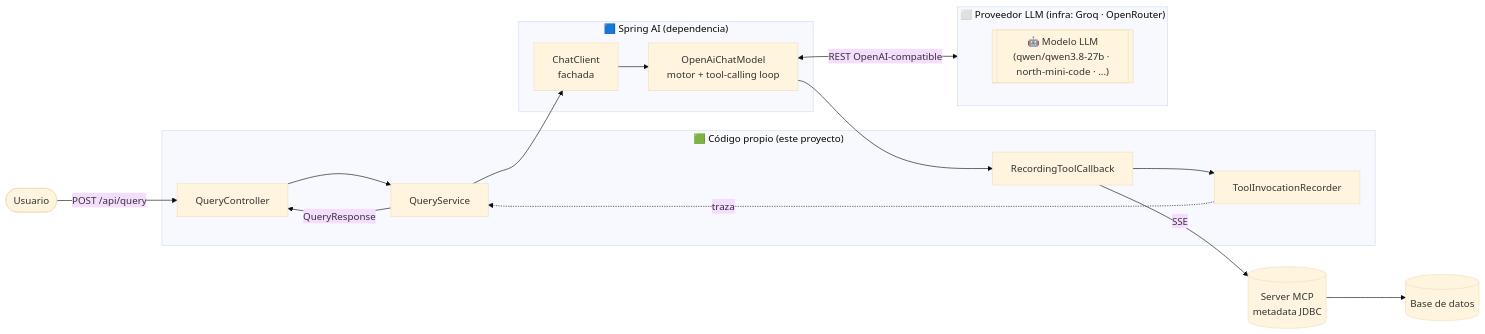
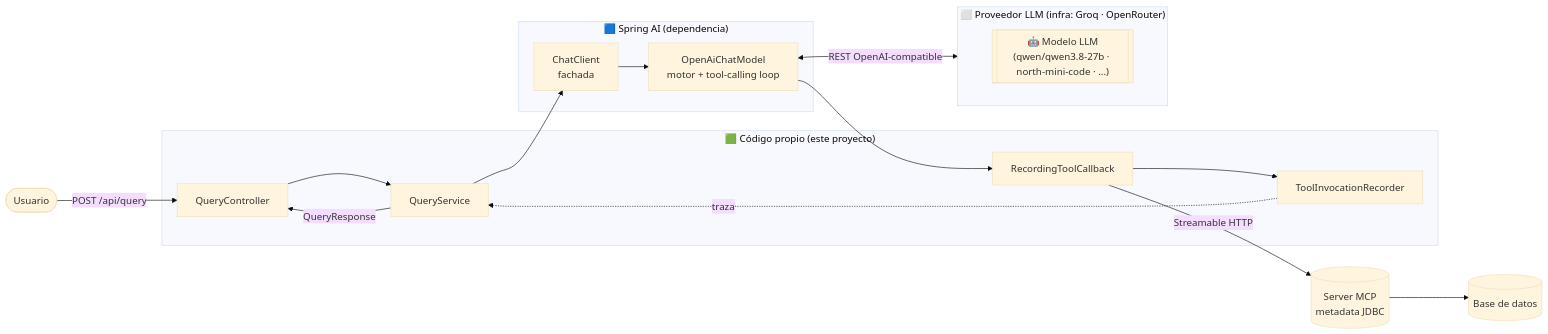
The first of 6 diagrams in client/README.md (Gianni-Nicolas/MCP-capsule), drawn with Mermaid (base theme) before and after one commit. The commit also changed other lines of this file and 5 other files, not shown here.

Commit message:
refactor(mcp): migrate transport from HTTP+SSE to Streamable HTTP (Spring AI 2.0.1)

````diff
--- a/client/README.md
+++ b/client/README.md
@@ -69,29 +69,29 @@
 ```mermaid
 flowchart LR
     User([Usuario]) -->|POST /api/query| Controller[QueryController]
 
     subgraph app["🟩 Código propio (este proyecto)"]
         Controller --> Service[QueryService]
         Recording[RecordingToolCallback]
         Recorder[ToolInvocationRecorder]
     end
 
     subgraph springai["🟦 Spring AI (dependencia)"]
         ChatClient[ChatClient<br/>fachada]
         ChatModel[OpenAiChatModel<br/>motor + tool-calling loop]
         ChatClient --> ChatModel
     end
 
     Service --> ChatClient
     ChatModel <-->|REST OpenAI-compatible| Provider
     ChatModel --> Recording
-    Recording -->|SSE| MCP[(Server MCP<br/>metadata JDBC)]
+    Recording -->|Streamable HTTP| MCP[(Server MCP<br/>metadata JDBC)]
     MCP --> DB[(Base de datos)]
     Recording --> Recorder
     Recorder -.traza.-> Service
     Service -->|QueryResponse| Controller
 
     subgraph Provider["⬜ Proveedor LLM (infra: Groq · OpenRouter)"]
         Model[["🤖 Modelo LLM<br/>(qwen/qwen3.8-27b · north-mini-code · ...)"]]
     end
 ```
````
